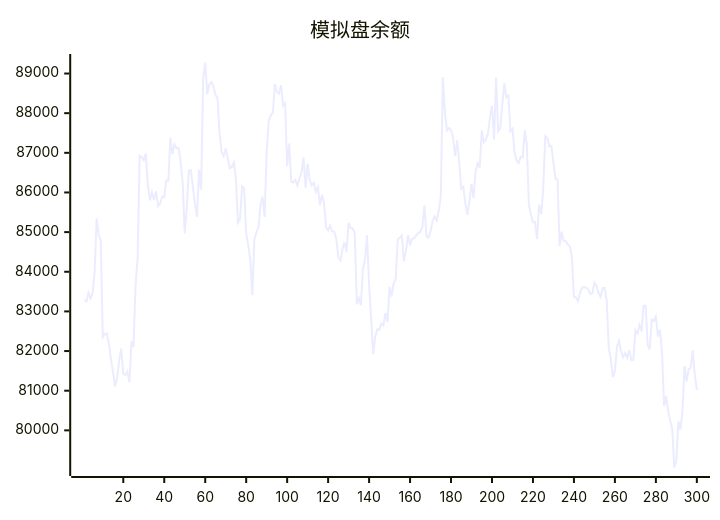
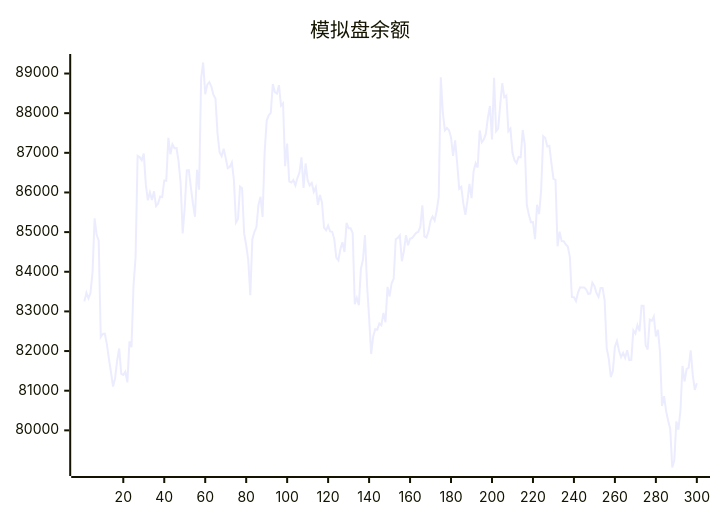
One commit to aahl/ai-trading changed the diagram in README.md. Above: the diagram before and after it, drawn with Mermaid. The commit also changed other lines of this file and 1 other file, not shown here.

````diff
--- a/README.md
+++ b/README.md
@@ -5,5 +5,5 @@
 ```mermaid
 xychart
     title "模拟盘余额"
-    line [83287,83253,83470,83327,83465,83987,85348,84930,84786,82355,82433,82438,82167,81795,81466,81105,81315,81756,82064,81426,81398,81481,81210,82242,82099,83658,84359,86925,86892,86814,86980,86203,85802,86003,85811,86028,85657,85721,85896,85880,86300,86299,87378,86965,87214,87115,87118,86780,86238,84966,85623,86555,86562,86129,85722,85387,86569,86070,88870,89278,88477,88720,88781,88668,88467,88372,87493,87018,86917,87102,86870,86613,86644,86758,86317,85242,85334,86149,86106,84968,84671,84302,83410,84816,85001,85127,85693,85891,85384,87001,87811,87945,88007,88734,88528,88495,88705,88189,88248,86662,87234,86279,86251,86314,86177,86364,86503,86886,86114,86731,86310,86176,86240,86017,86136,85685,85938,85749,85111,85044,85164,85016,85008,84824,84354,84287,84572,84745,84500,85234,85096,85095,84970,83180,83338,83157,84070,84309,84922,83667,82850,81924,82369,82552,82539,82695,82648,82962,82728,83619,83378,83710,83825,84819,84854,84917,84265,84527,84919,84668,84834,84850,84916,84981,85004,85131,85674,84891,84864,85019,85284,85393,85294,85538,85894,88904,88012,87567,87625,87568,87386,86920,87313,86737,86094,86143,85725,85437,85787,86219,85859,86526,86740,86630,87563,87264,87335,87483,87886,88180,87335,88894,87544,87608,88207,88755,88401,88444,87543,87608,87000,86810,86740,86894,86884,87576,87209,85686,85435,85251,85255,84820,85689,85453,86066,87420,87373,87161,87178,86740,86341,86315,84643,85012,84772,84768,84690,84635,84376,83360,83357,83259,83474,83608,83606,83602,83548,83440,83454,83724,83644,83464,83365,83590,83592,83275,82072,81806,81344,81492,82109,82254,82006,81848,81955,81829,82022,81769,81776,82522,82441,82656,82498,83144,83144,82150,82038,82797,82763,82872,82367,82536,81981,80612,80862,80484,80242,80034,79063,79245,80226,80016,80507,81625,81233,81544,81578,82016,81401,81019]
+    line [83253,83470,83327,83465,83987,85348,84930,84786,82355,82433,82438,82167,81795,81466,81105,81315,81756,82064,81426,81398,81481,81210,82242,82099,83658,84359,86925,86892,86814,86980,86203,85802,86003,85811,86028,85657,85721,85896,85880,86300,86299,87378,86965,87214,87115,87118,86780,86238,84966,85623,86555,86562,86129,85722,85387,86569,86070,88870,89278,88477,88720,88781,88668,88467,88372,87493,87018,86917,87102,86870,86613,86644,86758,86317,85242,85334,86149,86106,84968,84671,84302,83410,84816,85001,85127,85693,85891,85384,87001,87811,87945,88007,88734,88528,88495,88705,88189,88248,86662,87234,86279,86251,86314,86177,86364,86503,86886,86114,86731,86310,86176,86240,86017,86136,85685,85938,85749,85111,85044,85164,85016,85008,84824,84354,84287,84572,84745,84500,85234,85096,85095,84970,83180,83338,83157,84070,84309,84922,83667,82850,81924,82369,82552,82539,82695,82648,82962,82728,83619,83378,83710,83825,84819,84854,84917,84265,84527,84919,84668,84834,84850,84916,84981,85004,85131,85674,84891,84864,85019,85284,85393,85294,85538,85894,88904,88012,87567,87625,87568,87386,86920,87313,86737,86094,86143,85725,85437,85787,86219,85859,86526,86740,86630,87563,87264,87335,87483,87886,88180,87335,88894,87544,87608,88207,88755,88401,88444,87543,87608,87000,86810,86740,86894,86884,87576,87209,85686,85435,85251,85255,84820,85689,85453,86066,87420,87373,87161,87178,86740,86341,86315,84643,85012,84772,84768,84690,84635,84376,83360,83357,83259,83474,83608,83606,83602,83548,83440,83454,83724,83644,83464,83365,83590,83592,83275,82072,81806,81344,81492,82109,82254,82006,81848,81955,81829,82022,81769,81776,82522,82441,82656,82498,83144,83144,82150,82038,82797,82763,82872,82367,82536,81981,80612,80862,80484,80242,80034,79063,79245,80226,80016,80507,81625,81233,81544,81578,82016,81401,81019,81186]
 ```
````
